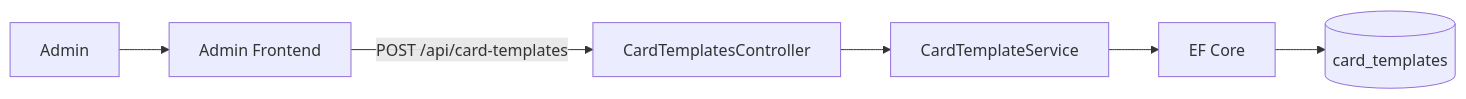
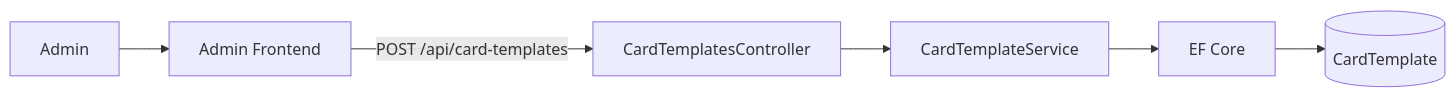
Before and after one commit to TaskCoper/hoatheomua-be: the first of 5 diagrams in HoaTheoMua.Repository/docs/tdd/TDD-024/TDD-024-tao-card-template.md, drawn with Mermaid. The commit also changed other lines of this file and 499 other files, not shown here.

````diff
--- a/HoaTheoMua.Repository/docs/tdd/TDD-024/TDD-024-tao-card-template.md
+++ b/HoaTheoMua.Repository/docs/tdd/TDD-024/TDD-024-tao-card-template.md
@@ -70,8 +70,8 @@
 ```mermaid
 flowchart LR
     Admin["Admin"] --> FE["Admin Frontend"]
     FE -->|"POST /api/card-templates"| API["CardTemplatesController"]
     API --> Svc["CardTemplateService"]
     Svc --> EF["EF Core"]
-    EF --> DB[(card_templates)]
+    EF --> DB[(CardTemplate)]
 ```
````
